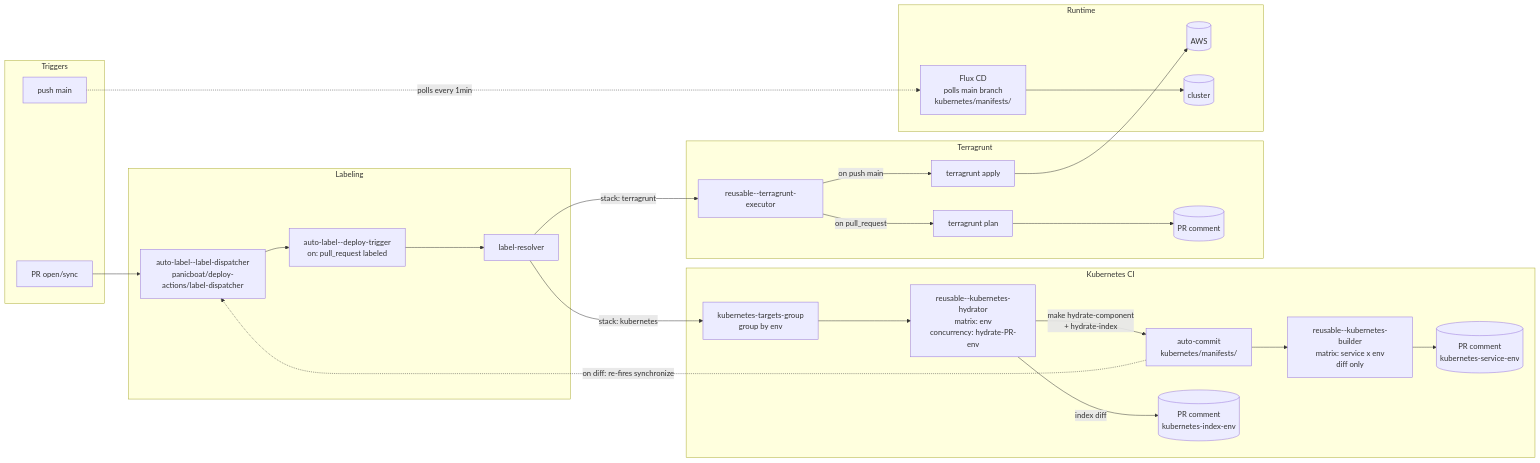
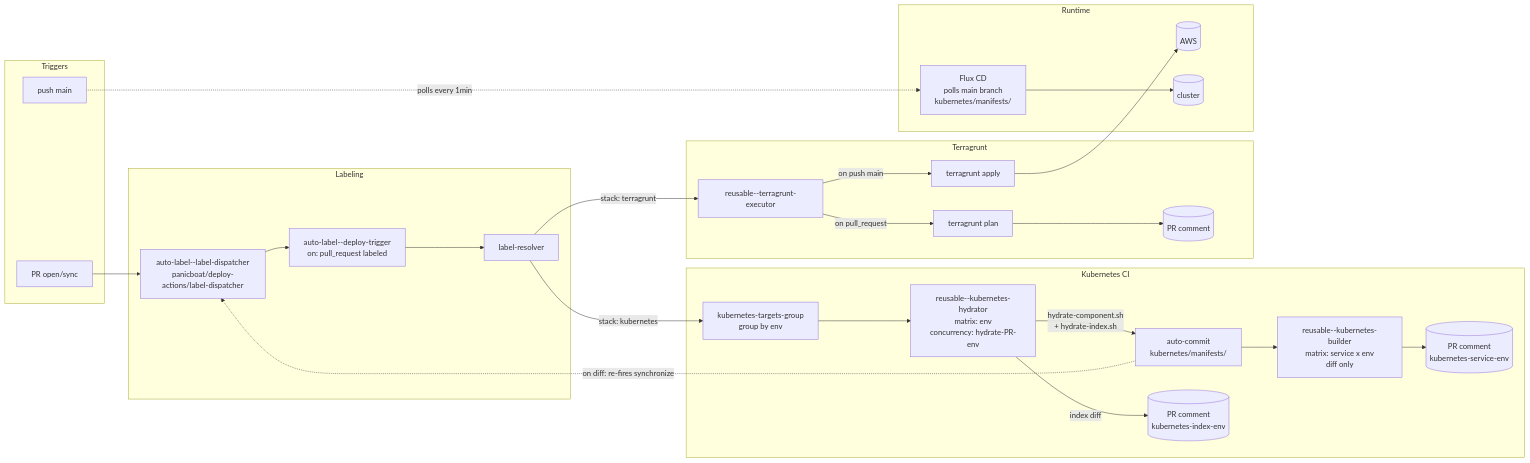
The diagram in README-ja.md (panicboat/platform), drawn with Mermaid before and after one commit. The commit also changed other lines of this file and 81 other files, not shown here.

````diff
--- a/README-ja.md
+++ b/README-ja.md
@@ -54,53 +53,53 @@
 ```mermaid
 flowchart LR
   subgraph Triggers
     PRevent[PR open/sync]
     Mainpush[push main]
   end
 
   subgraph Labeling
     Dispatcher[auto-label--label-dispatcher<br/>panicboat/deploy-actions/label-dispatcher]
     Trigger[auto-label--deploy-trigger<br/>on: pull_request labeled]
     Resolver[label-resolver]
   end
 
   subgraph KubernetesCI [Kubernetes CI]
     Group[kubernetes-targets-group<br/>group by env]
     Hydrator[reusable--kubernetes-hydrator<br/>matrix: env<br/>concurrency: hydrate-PR-env]
     Commit[auto-commit<br/>kubernetes/manifests/]
     Builder[reusable--kubernetes-builder<br/>matrix: service x env<br/>diff only]
     IndexComment[(PR comment<br/>kubernetes-index-env)]
     CompComment[(PR comment<br/>kubernetes-service-env)]
   end
 
   subgraph Terragrunt
     TG[reusable--terragrunt-executor]
     Plan[terragrunt plan]
     Apply[terragrunt apply]
     PRComment[(PR comment)]
   end
 
   subgraph Runtime
     AWS[(AWS)]
     FluxCD[Flux CD<br/>polls main branch<br/>kubernetes/manifests/]
     Cluster[(cluster)]
   end
 
   PRevent --> Dispatcher
   Dispatcher --> Trigger
   Trigger --> Resolver
   Resolver -->|stack: terragrunt| TG
   TG -->|on pull_request| Plan
   TG -->|on push main| Apply
   Plan --> PRComment
   Apply --> AWS
   Resolver -->|stack: kubernetes| Group
   Group --> Hydrator
-  Hydrator -->|make hydrate-component<br/>+ hydrate-index| Commit
+  Hydrator -->|hydrate-component.sh<br/>+ hydrate-index.sh| Commit
   Hydrator -->|index diff| IndexComment
   Commit --> Builder
   Builder --> CompComment
   Mainpush -.->|polls every 1min| FluxCD
   FluxCD --> Cluster
   Commit -.->|on diff: re-fires synchronize| Dispatcher
 ```
````
